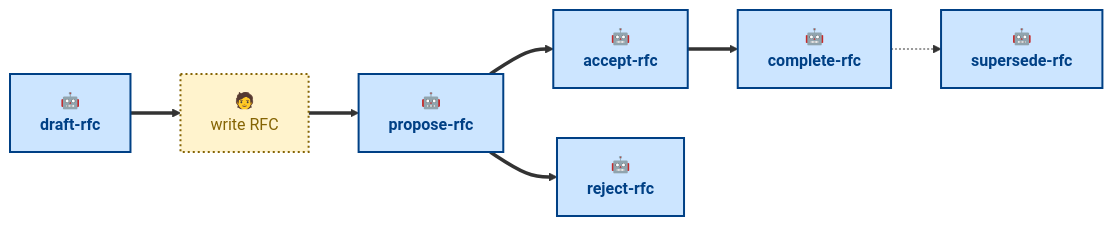
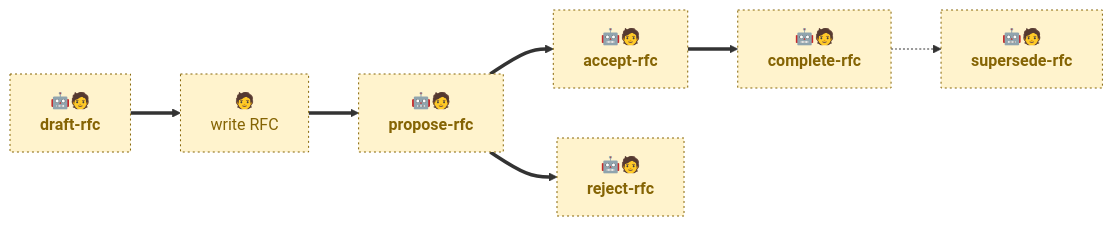
The diagram in .agents/skills/README.md (kieranpotts/rfc), drawn with Mermaid before and after one commit.

Commit message:
chore: apply new workflow diagram rules

````diff
--- a/.agents/skills/README.md
+++ b/.agents/skills/README.md
@@ -40,21 +40,21 @@
 ```mermaid
 flowchart LR
-  draft["🤖<br/><b>draft-rfc</b>"]:::agentic
+  draft["🤖🧑<br/><b>draft-rfc</b>"]:::anthropic
   write["🧑<br/>write RFC"]:::anthropic
-  propose["🤖<br/><b>propose-rfc</b>"]:::agentic
-  accept["🤖<br/><b>accept-rfc</b>"]:::agentic
-  reject["🤖<br/><b>reject-rfc</b>"]:::agentic
-  complete["🤖<br/><b>complete-rfc</b>"]:::agentic
-  supersede["🤖<br/><b>supersede-rfc</b>"]:::agentic
+  propose["🤖🧑<br/><b>propose-rfc</b>"]:::anthropic
+  accept["🤖🧑<br/><b>accept-rfc</b>"]:::anthropic
+  reject["🤖🧑<br/><b>reject-rfc</b>"]:::anthropic
+  complete["🤖🧑<br/><b>complete-rfc</b>"]:::anthropic
+  supersede["🤖🧑<br/><b>supersede-rfc</b>"]:::anthropic
 
   draft ==> write
   write ==> propose
   propose ==> accept
   accept ==> complete
   complete -.-> supersede
   propose ==> reject
 
   classDef agentic fill:#cce5ff,stroke:#004085,color:#004085,stroke-width:2px
   classDef scripted fill:#e2e3e5,stroke:#4b5157,color:#383d41,stroke-width:2px
-  classDef anthropic fill:#fff3cd,stroke:#856404,color:#856404,stroke-width:2px,stroke-dasharray:2 3
+  classDef anthropic fill:#fff3cd,stroke:#856404,color:#856404,stroke-width:1px,stroke-dasharray:2 3
 ```
````
